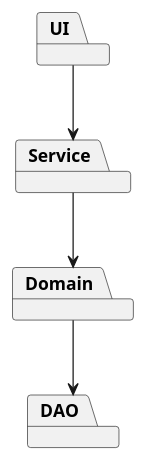
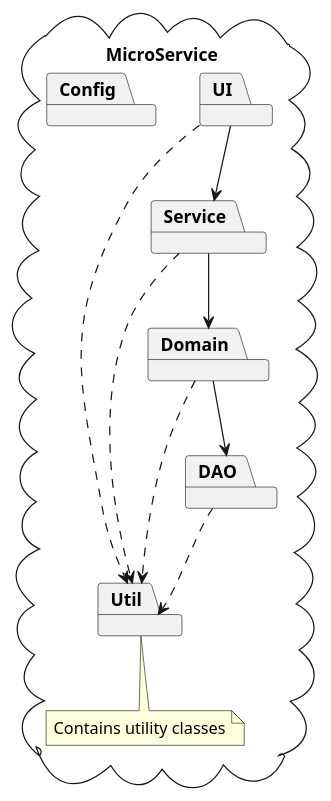
One commit to maxurtutor/tutor-ddd changed the diagram in src/main/java/org/maxur/ddd/packages.puml. Above: the diagram before and after it, drawn with PlantUML. The commit also changed 11 other files, not shown here.

```diff
--- a/src/main/java/org/maxur/ddd/packages.puml
+++ b/src/main/java/org/maxur/ddd/packages.puml
@@ -1,9 +1,19 @@
 @startuml
+cloud  MicroService {
+note "Contains utility classes" as N1
+package Util
 package UI
+package Config
 package Service
 package Domain
 package DAO
+Util .. N1
 UI --> Service
+UI ..> Util
 Service --> Domain
+Service ..> Util
 Domain --> DAO
+Domain ..> Util
+DAO ..> Util
+}
 @enduml
```
